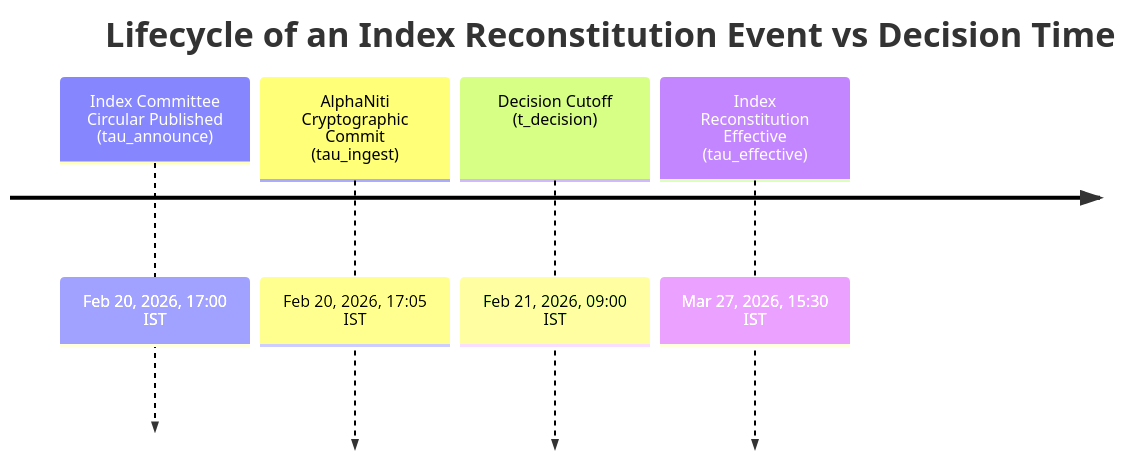
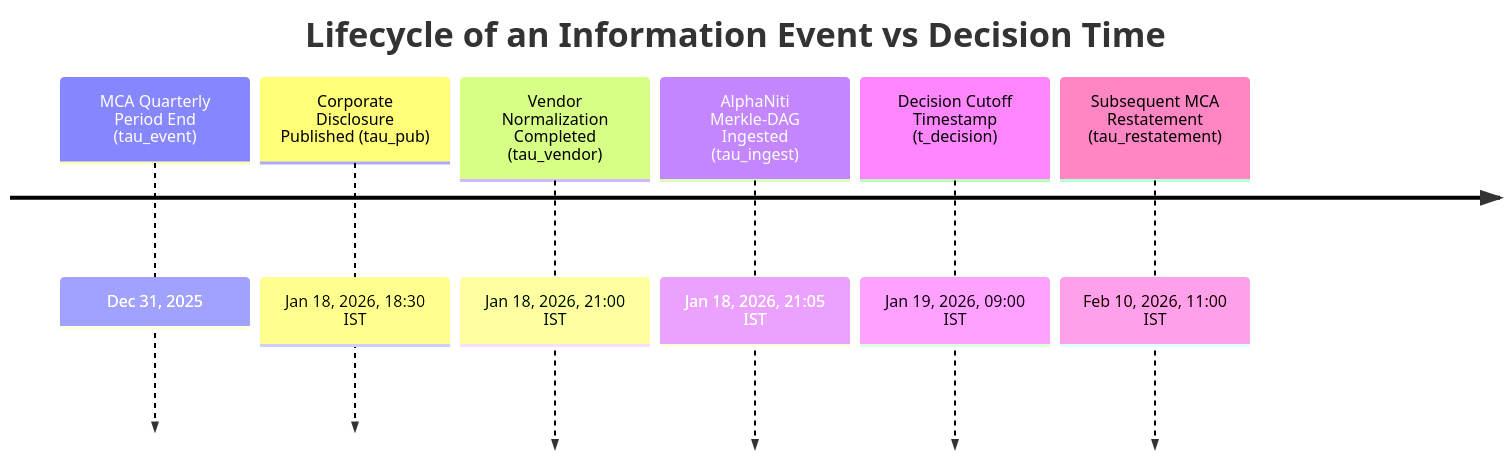
One commit to 2k25it2514261-cloud/alphaniti changed the fifth of 9 diagrams in README.md. Above: the diagram before and after it, drawn with Mermaid. The commit also changed other lines of this file, not shown here.

Commit message:
docs: release AlphaNiti v20.0 grand unification specification closing all P0 and P1 audit criteria

````diff
--- a/README.md
+++ b/README.md
@@ -228,8 +211,10 @@
 ```mermaid
 timeline
-    title Lifecycle of an Index Reconstitution Event vs Decision Time
-    Index Committee Circular Published (tau_announce) : Feb 20, 2026, 17:00 IST
-    AlphaNiti Cryptographic Commit (tau_ingest) : Feb 20, 2026, 17:05 IST
-    Decision Cutoff (t_decision) : Feb 21, 2026, 09:00 IST
-    Index Reconstitution Effective (tau_effective) : Mar 27, 2026, 15:30 IST
+    title Lifecycle of an Information Event vs Decision Time
+    MCA Quarterly Period End (tau_event) : Dec 31, 2025
+    Corporate Disclosure Published (tau_pub) : Jan 18, 2026, 18:30 IST
+    Vendor Normalization Completed (tau_vendor) : Jan 18, 2026, 21:00 IST
+    AlphaNiti Merkle-DAG Ingested (tau_ingest) : Jan 18, 2026, 21:05 IST
+    Decision Cutoff Timestamp (t_decision) : Jan 19, 2026, 09:00 IST
+    Subsequent MCA Restatement (tau_restatement) : Feb 10, 2026, 11:00 IST
 ```
````
